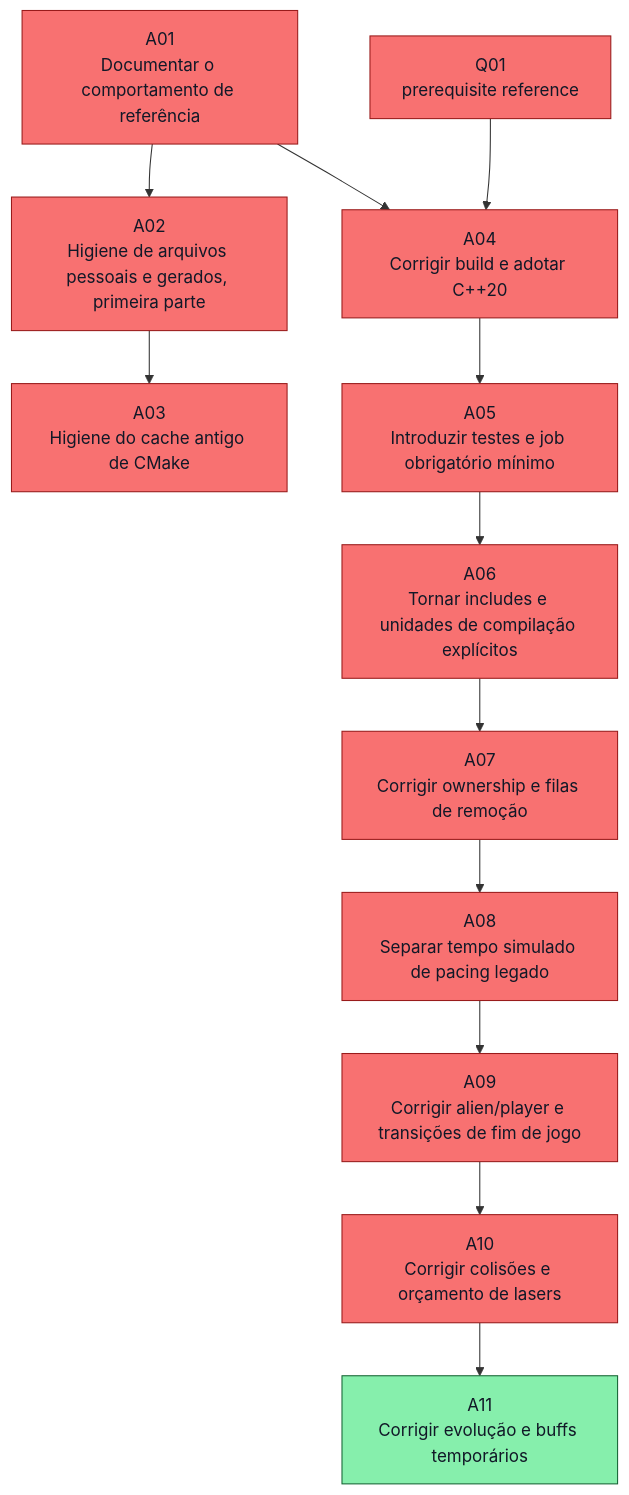
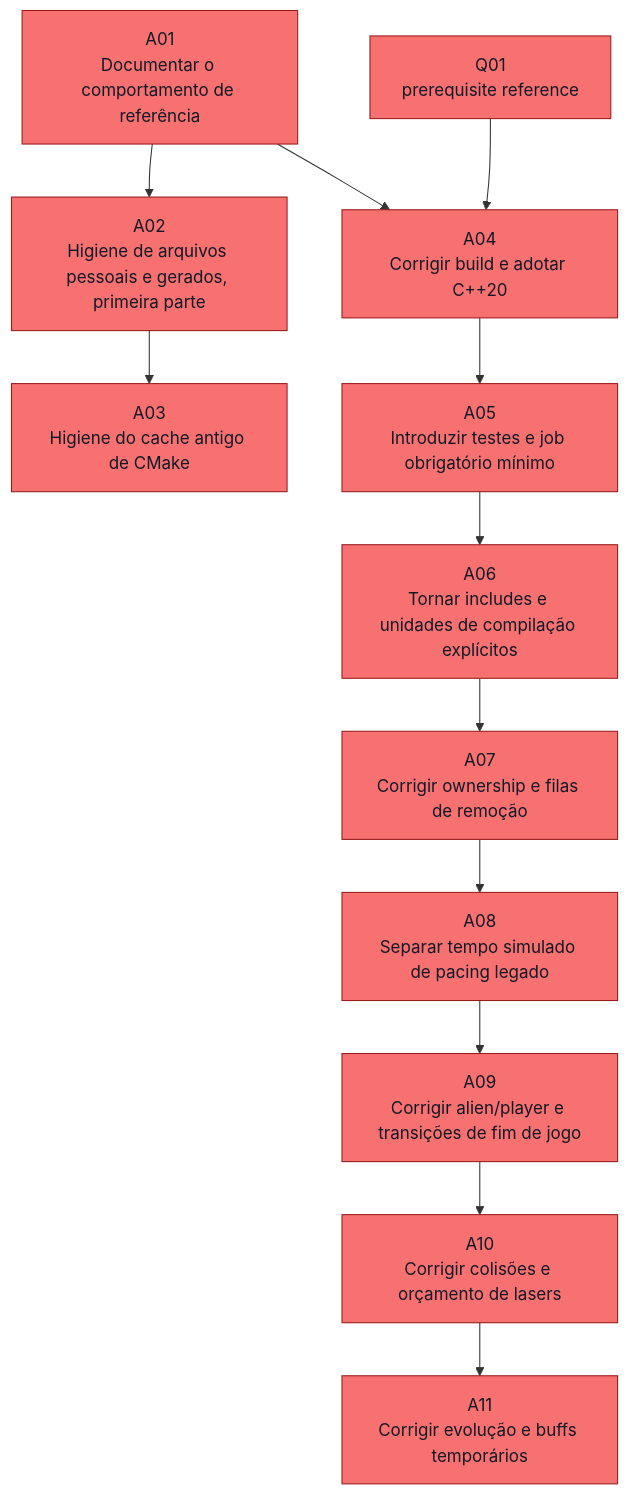
One commit to ocarizr/spaceraiders changed the second of 28 diagrams in docs/task-dependencies.md. Above: the diagram before and after it, drawn with Mermaid. The commit also changed other lines of this file and 8 other files, not shown here.

````diff
--- a/docs/task-dependencies.md
+++ b/docs/task-dependencies.md
@@ -120,29 +123,29 @@
 ```mermaid
 flowchart TD
     ref_A_Q01["Q01<br/>prerequisite reference"]:::done
     A01["A01<br/>Documentar o comportamento de referência"]:::done
     A02["A02<br/>Higiene de arquivos pessoais e gerados, primeira parte"]:::done
     A03["A03<br/>Higiene do cache antigo de CMake"]:::done
     A04["A04<br/>Corrigir build e adotar C++20"]:::done
     A05["A05<br/>Introduzir testes e job obrigatório mínimo"]:::done
     A06["A06<br/>Tornar includes e unidades de compilação explícitos"]:::done
     A07["A07<br/>Corrigir ownership e filas de remoção"]:::done
     A08["A08<br/>Separar tempo simulado de pacing legado"]:::done
     A09["A09<br/>Corrigir alien/player e transições de fim de jogo"]:::done
     A10["A10<br/>Corrigir colisões e orçamento de lasers"]:::done
-    A11["A11<br/>Corrigir evolução e buffs temporários"]:::ready
+    A11["A11<br/>Corrigir evolução e buffs temporários"]:::done
     A01 --> A02
     A02 --> A03
     A01 --> A04
     ref_A_Q01 --> A04
     A04 --> A05
     A05 --> A06
     A06 --> A07
     A07 --> A08
     A08 --> A09
     A09 --> A10
     A10 --> A11
     classDef pending fill:#ffffff,stroke:#6b7280,color:#111827
     classDef ready fill:#86efac,stroke:#166534,color:#111827
     classDef done fill:#f87171,stroke:#991b1b,color:#111827
 ```
````
